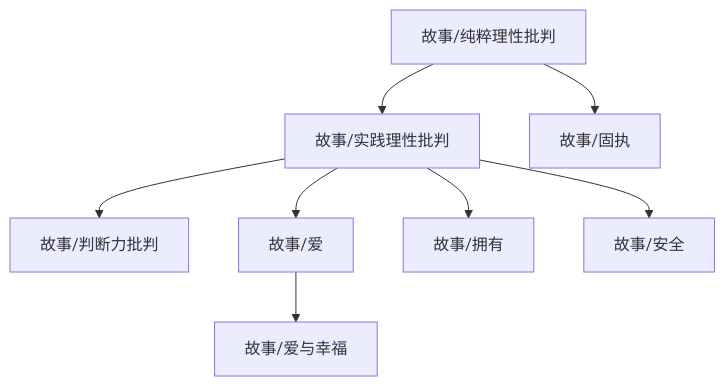
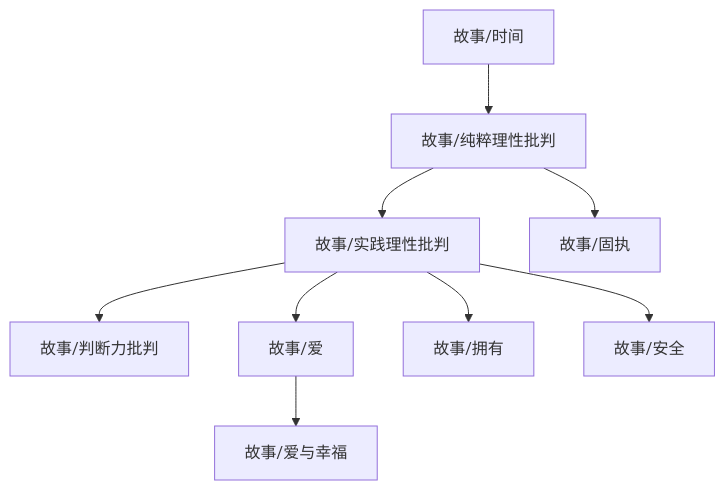
One commit to zeroDtree/zeroDtree.github.io changed the diagram in content/故事/dependency_graph.md. Above: the diagram before and after it, drawn with Mermaid. The commit also changed 9 other files, not shown here.

````diff
--- a/content/故事/dependency_graph.md
+++ b/content/故事/dependency_graph.md
@@ -1,10 +1,11 @@
 ```mermaid
 graph TD
 1["故事/纯粹理性批判"] --> 0["故事/实践理性批判"]
 0["故事/实践理性批判"] --> 2["故事/判断力批判"]
 4["故事/爱"] --> 3["故事/爱与幸福"]
 0["故事/实践理性批判"] --> 5["故事/拥有"]
-0["故事/实践理性批判"] --> 6["故事/安全"]
-1["故事/纯粹理性批判"] --> 7["故事/固执"]
+6["故事/时间"] --> 1["故事/纯粹理性批判"]
+0["故事/实践理性批判"] --> 7["故事/安全"]
+1["故事/纯粹理性批判"] --> 8["故事/固执"]
 0["故事/实践理性批判"] --> 4["故事/爱"]
 ```
````
